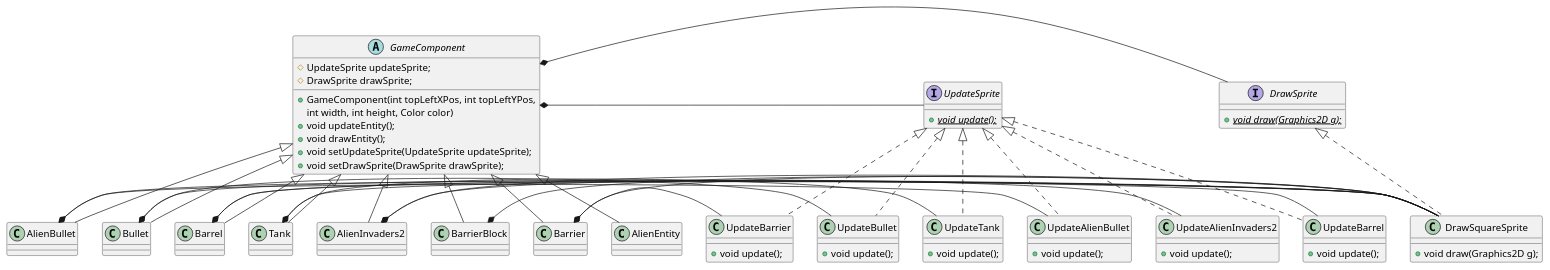
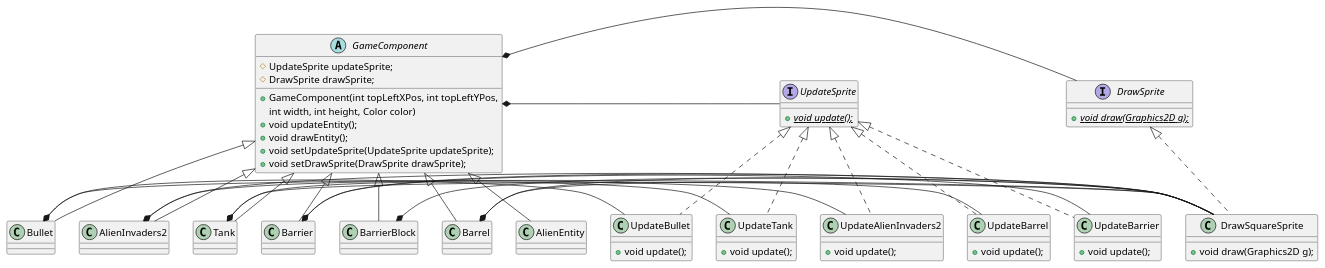
One commit to D-M-Moriarty/DesignPatternsCA changed the diagram in src/main/java/things/strategy-pattern.puml. Above: the diagram before and after it, drawn with PlantUML. The commit also changed 10 other files, not shown here.

Commit message:
Merged AlienBullet and Bullet into one class, since they both performed basically the same function

```diff
--- a/src/main/java/things/strategy-pattern.puml
+++ b/src/main/java/things/strategy-pattern.puml
@@ -1,82 +1,74 @@
 @startuml
 interface UpdateSprite {
     + {static} {abstract} void update();
 }
 interface DrawSprite {
     + {static} {abstract} void draw(Graphics2D g);
-}
-
-class UpdateAlienBullet implements UpdateSprite {
-    + void update();
 }
 
 class UpdateAlienInvaders2 implements UpdateSprite {
     + void update();
 }
 
 class UpdateBarrel implements UpdateSprite {
     + void update();
 }
 
 class UpdateBarrier implements UpdateSprite {
     + void update();
 }
 
 class UpdateBullet implements UpdateSprite {
     + void update();
 }
 
 class UpdateTank implements UpdateSprite {
     + void update();
 }
 
 class DrawSquareSprite implements DrawSprite {
     + void draw(Graphics2D g);
 }
 
-AlienBullet *- UpdateAlienBullet
-AlienBullet *- DrawSquareSprite
 AlienInvaders2 *- UpdateAlienInvaders2
 Barrel *- UpdateBarrel
 Barrier *- UpdateBarrier
 Bullet *- UpdateBullet
 Tank *- UpdateTank
 
 AlienInvaders2 *- DrawSquareSprite
 Barrel *- DrawSquareSprite
 Barrier *- DrawSquareSprite
 BarrierBlock *- DrawSquareSprite
 Bullet *- DrawSquareSprite
 Tank *- DrawSquareSprite
 
 GameComponent *- DrawSprite
 GameComponent *- UpdateSprite
 
 abstract class GameComponent {
     # UpdateSprite updateSprite;
     # DrawSprite drawSprite;
     + GameComponent(int topLeftXPos, int topLeftYPos,
                     int width, int height, Color color)
     + void updateEntity();
     + void drawEntity();
     + void setUpdateSprite(UpdateSprite updateSprite);
     + void setDrawSprite(DrawSprite drawSprite);
 }
-class AlienBullet extends GameComponent {
-}
 class AlienEntity extends GameComponent {
  }
 class AlienInvaders2 extends GameComponent {
 }
 class Barrel extends GameComponent {
 }
 class Barrier extends GameComponent {
 }
 class BarrierBlock extends GameComponent {
 }
 class Bullet extends GameComponent {
 }
 class Tank extends GameComponent {
 }
 
 @enduml
```
